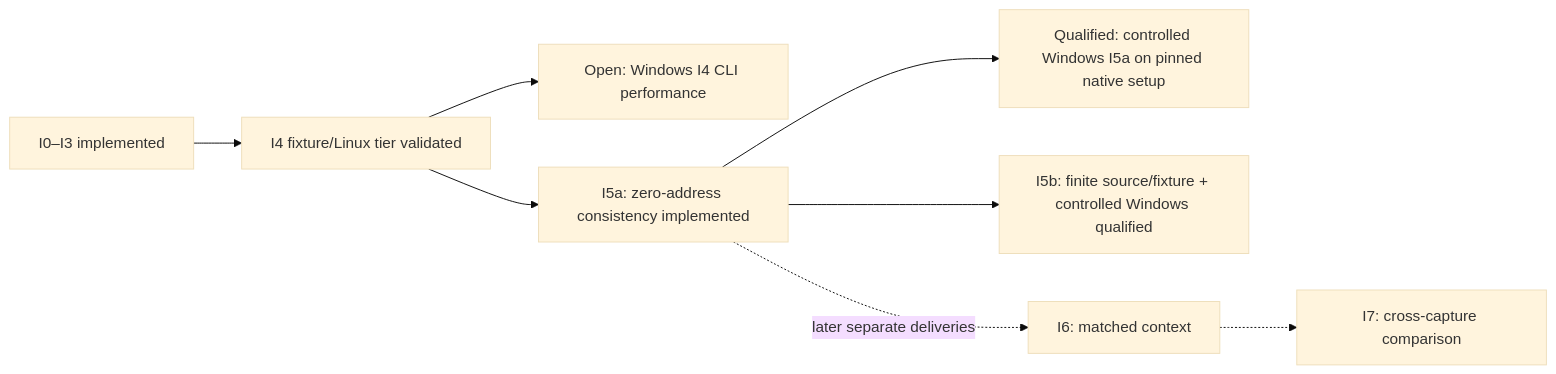
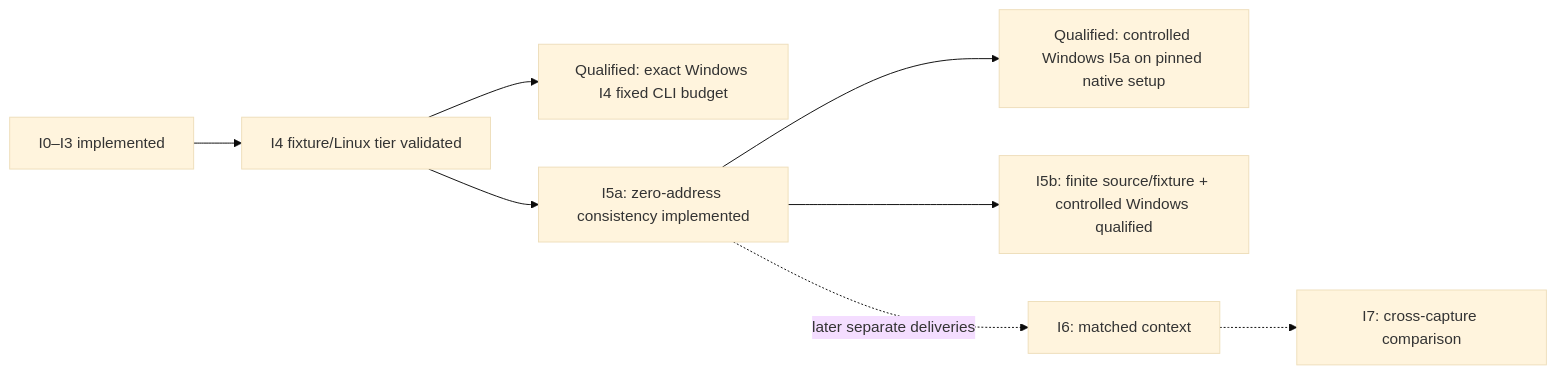
One commit to NzSN/Ariadne changed the diagram in Plans/investigation-layer.md. Above: the diagram before and after it, drawn with Mermaid (base theme). The commit also changed other lines of this file and 58 other files, not shown here.

````diff
--- a/Plans/investigation-layer.md
+++ b/Plans/investigation-layer.md
@@ -72,10 +75,10 @@
 ```mermaid
 flowchart LR
     Delivered["I0–I3 implemented"] --> Tier["I4 fixture/Linux tier validated"]
-    Tier --> Windows["Open: Windows I4 CLI performance"]
+    Tier --> Windows["Qualified: exact Windows I4 fixed CLI budget"]
     Tier --> I5["I5a: zero-address consistency implemented"]
     I5 --> I5Windows["Qualified: controlled Windows I5a on pinned native setup"]
     I5 --> I5b["I5b: finite source/fixture + controlled Windows qualified"]
     I5 -. "later separate deliveries" .-> I6["I6: matched context"]
     I6 -.-> I7["I7: cross-capture comparison"]
 ```
````
